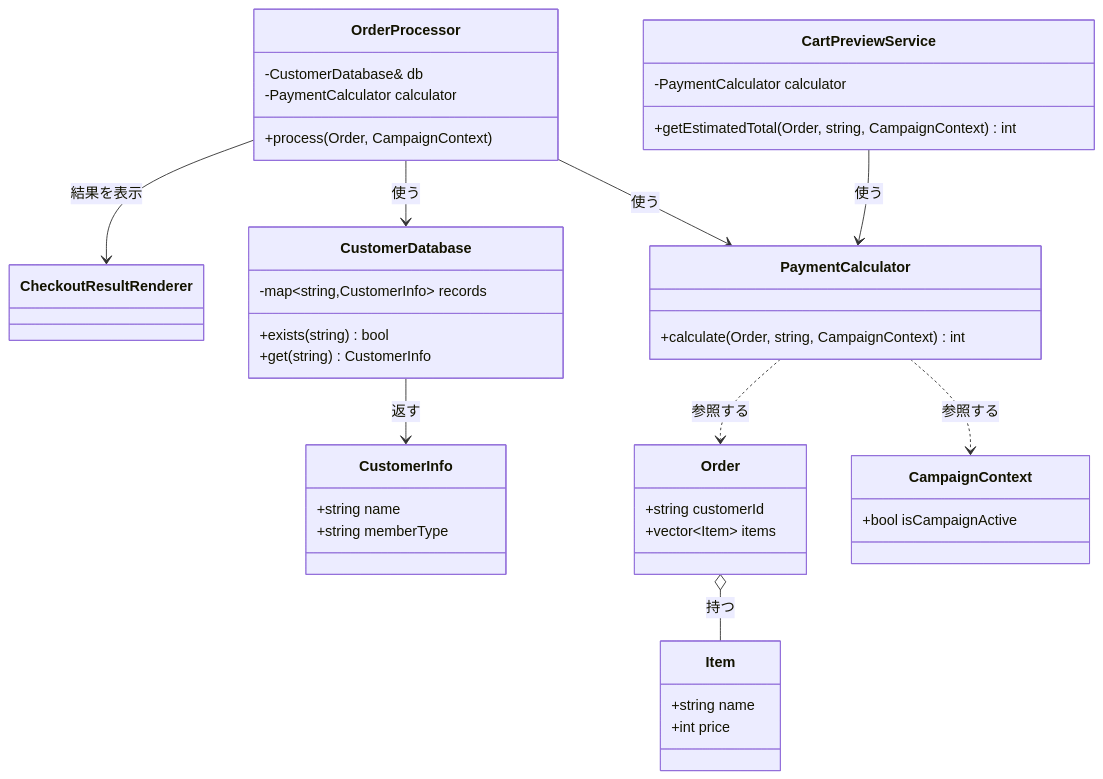
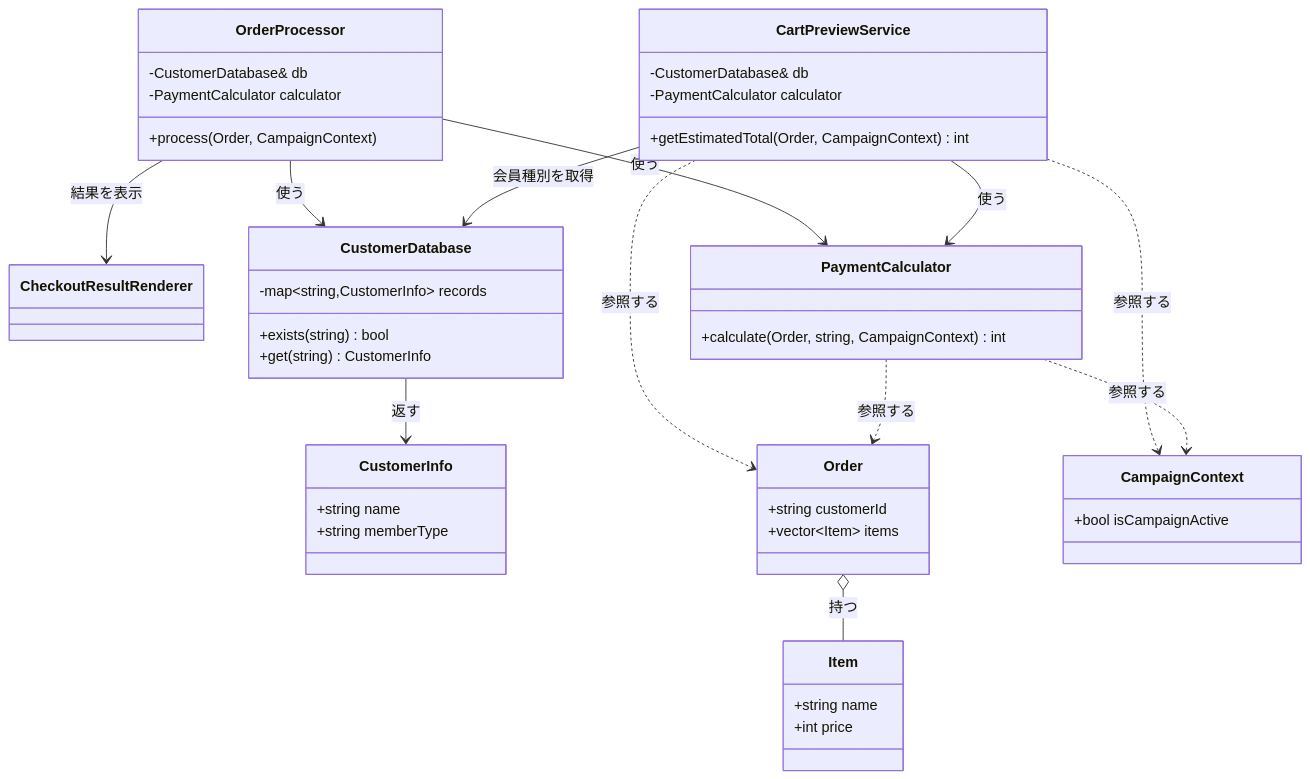
The third of 18 diagrams in kindle/design-patterns/output/chapter01.md (kumachan1101-pixel/DesignPattern), drawn with Mermaid before and after one commit. The commit also changed other lines of this file and 21 other files, not shown here.

````diff
--- a/kindle/design-patterns/output/chapter01.md
+++ b/kindle/design-patterns/output/chapter01.md
@@ -251,45 +250,49 @@
 ```mermaid
 classDiagram
     class CheckoutResultRenderer
     class CustomerDatabase {
         -map~string,CustomerInfo~ records
         +exists(string) bool
         +get(string) CustomerInfo
     }
     class CustomerInfo {
         +string name
         +string memberType
     }
     class OrderProcessor {
         -CustomerDatabase& db
         -PaymentCalculator calculator
         +process(Order, CampaignContext)
     }
     class PaymentCalculator {
         +calculate(Order, string, CampaignContext) int
     }
     class CartPreviewService {
+        -CustomerDatabase& db
         -PaymentCalculator calculator
-        +getEstimatedTotal(Order, string, CampaignContext) int
+        +getEstimatedTotal(Order, CampaignContext) int
     }
     class Order {
         +string customerId
         +vector~Item~ items
     }
     class Item {
         +string name
         +int price
     }
     class CampaignContext {
         +bool isCampaignActive
     }
 
     OrderProcessor --> CustomerDatabase : 使う
     OrderProcessor --> PaymentCalculator : 使う
     OrderProcessor --> CheckoutResultRenderer : 結果を表示
     CustomerDatabase --> CustomerInfo : 返す
+    CartPreviewService --> CustomerDatabase : 会員種別を取得
     CartPreviewService --> PaymentCalculator : 使う
+    CartPreviewService ..> Order : 参照する
+    CartPreviewService ..> CampaignContext : 参照する
     PaymentCalculator ..> Order : 参照する
     PaymentCalculator ..> CampaignContext : 参照する
     Order o-- Item : 持つ
 ```
````
